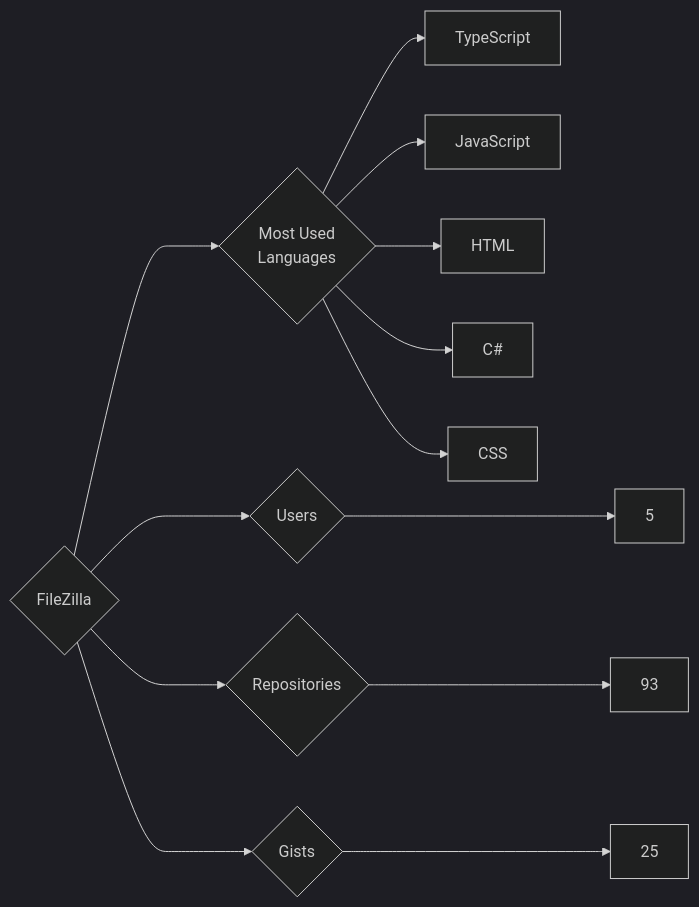
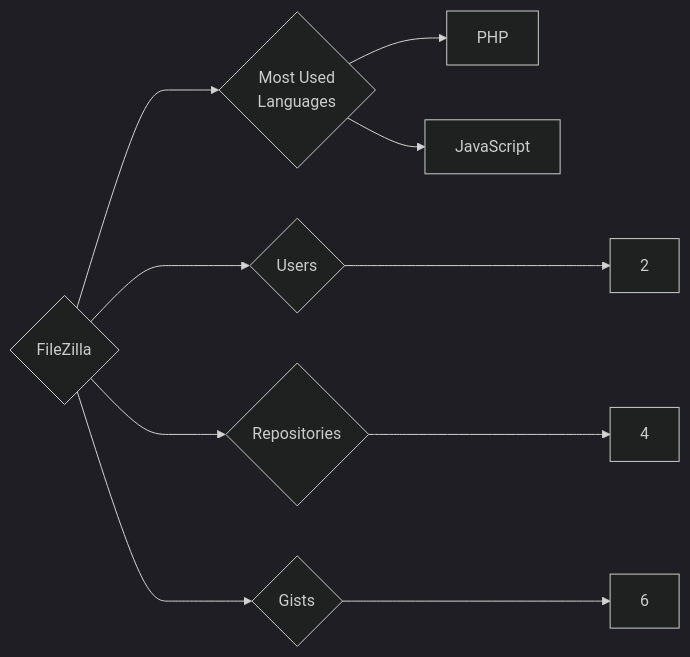
One commit to trickest/insiders changed the diagram in targets/FileZilla/README.md. Above: the diagram before and after it, drawn with Mermaid (dark theme). The commit also changed 1092 other files, not shown here.

````diff
--- a/targets/FileZilla/README.md
+++ b/targets/FileZilla/README.md
@@ -3,13 +3,10 @@
 ```mermaid
 graph LR
 COMPANY_NAME{FileZilla}
-COMPANY_NAME ---> U{Users} ---> UN[5]
-COMPANY_NAME ---> R{Repositories} ---> RN[93]
-COMPANY_NAME ---> G{Gists} ---> GN[25]
+COMPANY_NAME ---> U{Users} ---> UN[2]
+COMPANY_NAME ---> R{Repositories} ---> RN[4]
+COMPANY_NAME ---> G{Gists} ---> GN[6]
 COMPANY_NAME ---> ML{Most Used<br>Languages}
-ML --> TypeScript[TypeScript]
+ML --> PHP[PHP]
 ML --> JavaScript[JavaScript]
-ML --> HTML[HTML]
-ML --> C#[C#]
-ML --> CSS[CSS]
 ```
````
